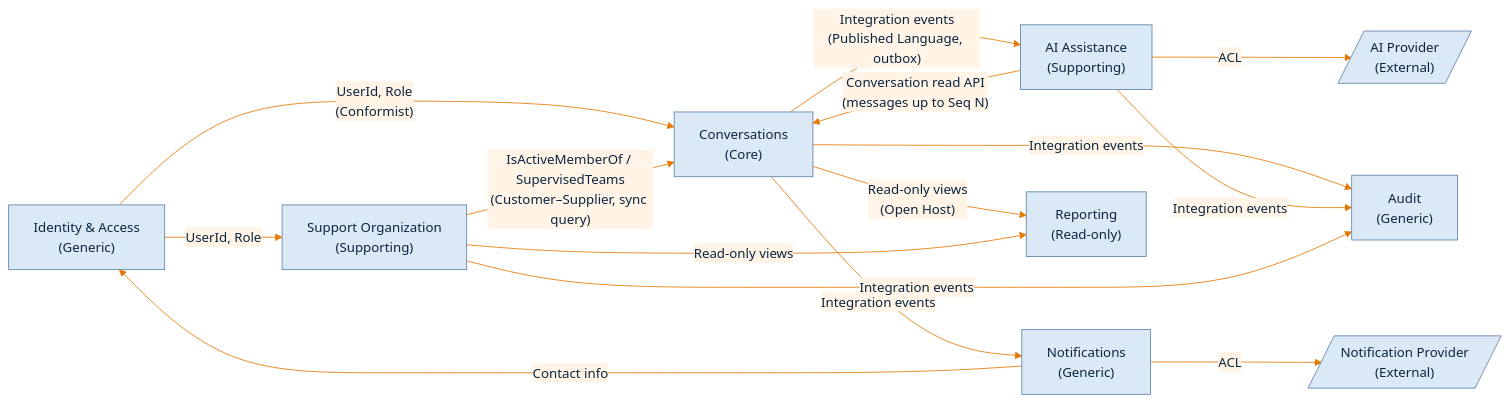
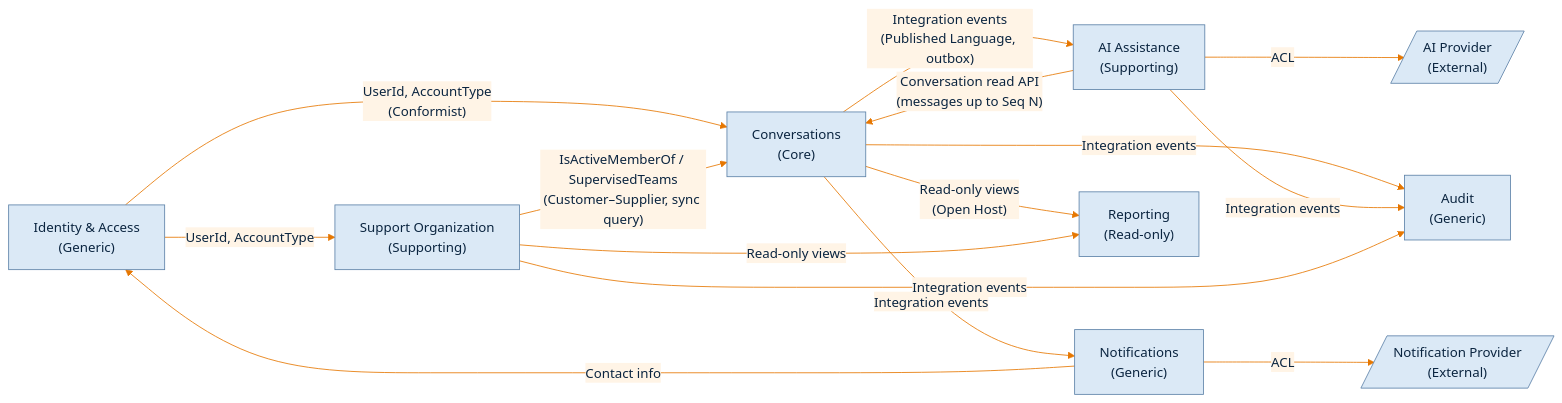
Before and after one commit to iarel/SupportFlow: the first of 9 diagrams in docs/domain-model.md, drawn with Mermaid. The commit also changed other lines of this file and 15 other files, not shown here.

````diff
--- a/docs/domain-model.md
+++ b/docs/domain-model.md
@@ -82,30 +82,30 @@
 ```mermaid
 %%{init: {"theme":"base","themeVariables":{"primaryColor":"#dbe9f6","primaryTextColor":"#0b2540","primaryBorderColor":"#5d82a8","lineColor":"#e67700","secondaryColor":"#dbe9f6","tertiaryColor":"#f1f5fa","clusterBkg":"#f1f5fa","clusterBorder":"#5d82a8","titleColor":"#0b4884","edgeLabelBackground":"#fff4e6","textColor":"#e67700","actorBkg":"#438dd5","actorTextColor":"#ffffff","actorBorder":"#2e6295","actorLineColor":"#e67700","signalColor":"#e67700","signalTextColor":"#e67700","labelBoxBkgColor":"#dbe9f6","labelBoxBorderColor":"#5d82a8","labelTextColor":"#0b2540","loopTextColor":"#e67700","noteBkgColor":"#fff4e6","noteTextColor":"#0b2540","noteBorderColor":"#e67700","activationBkgColor":"#dbe9f6","attributeBackgroundColorOdd":"#ffffff","attributeBackgroundColorEven":"#f1f5fa"}}}%%
 flowchart LR
     IAM["Identity & Access<br/>(Generic)"]
     ORG["Support Organization<br/>(Supporting)"]
     CONV["Conversations<br/>(Core)"]
     AI["AI Assistance<br/>(Supporting)"]
     NOTIF["Notifications<br/>(Generic)"]
     AUD["Audit<br/>(Generic)"]
     REP["Reporting<br/>(Read-only)"]
     LLM[/"AI Provider<br/>(External)"/]
     NP[/"Notification Provider<br/>(External)"/]
 
-    IAM -- "UserId, Role<br/>(Conformist)" --> CONV
-    IAM -- "UserId, Role" --> ORG
+    IAM -- "UserId, AccountType<br/>(Conformist)" --> CONV
+    IAM -- "UserId, AccountType" --> ORG
     ORG -- "IsActiveMemberOf / SupervisedTeams<br/>(Customer–Supplier, sync query)" --> CONV
 
     CONV -- "Integration events<br/>(Published Language, outbox)" --> AI
     CONV -- "Integration events" --> NOTIF
     CONV -- "Integration events" --> AUD
     CONV -- "Read-only views<br/>(Open Host)" --> REP
     ORG -- "Read-only views" --> REP
 
     AI -- "Conversation read API<br/>(messages up to Seq N)" --> CONV
     AI -- "ACL" --> LLM
     NOTIF -- "ACL" --> NP
     NOTIF -- "Contact info" --> IAM
     AI -- "Integration events" --> AUD
     ORG -- "Integration events" --> AUD
 ```
````
